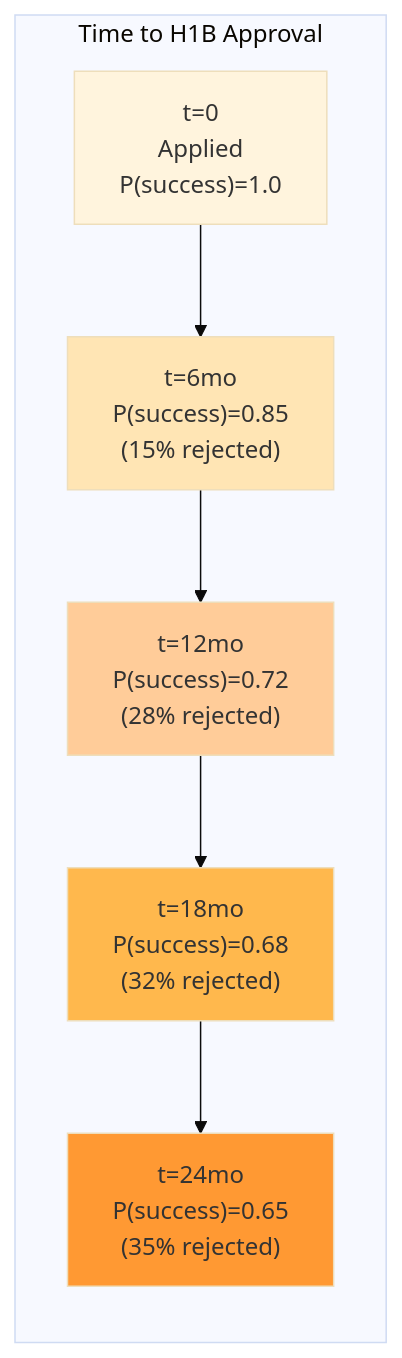
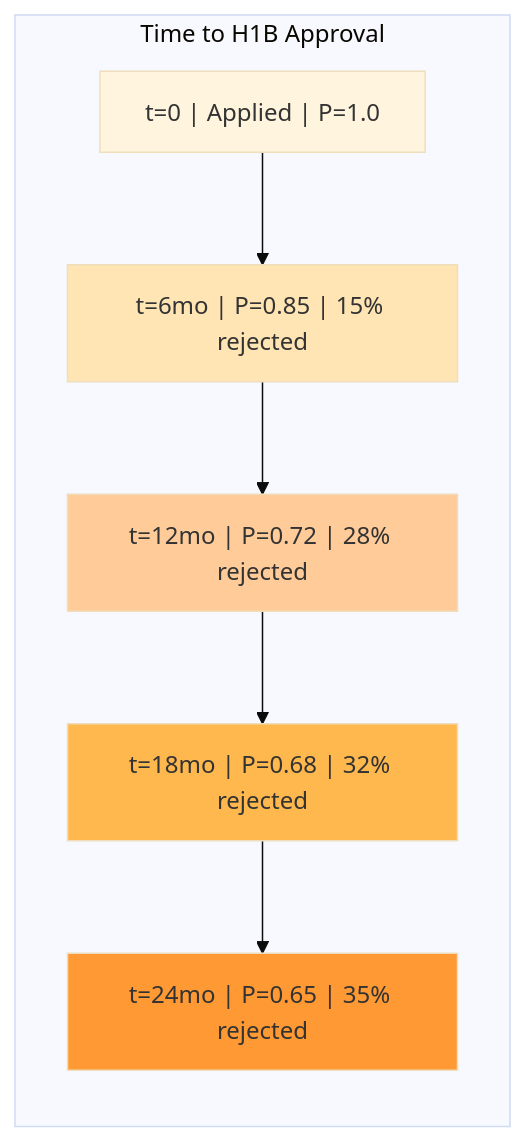
One commit to Nishant-coder-cpu/testing changed the seventh of 20 diagrams in ldc_flowcharts.md. Above: the diagram before and after it, drawn with Mermaid. The commit also changed other lines of this file, not shown here.

````diff
--- a/ldc_flowcharts.md
+++ b/ldc_flowcharts.md
@@ -446,18 +446,18 @@
 ```mermaid
 %%{init: {'theme':'base'}}%%
 graph LR
     subgraph "Time to H1B Approval"
-        T0["t=0<br/>Applied<br/>P(success)=1.0"]
-        T1["t=6mo<br/>P(success)=0.85<br/>(15% rejected)"]
-        T2["t=12mo<br/>P(success)=0.72<br/>(28% rejected)"]
-        T3["t=18mo<br/>P(success)=0.68<br/>(32% rejected)"]
-        T4["t=24mo<br/>P(success)=0.65<br/>(35% rejected)"]
+        T0["t=0 | Applied | P=1.0"]
+        T1["t=6mo | P=0.85 | 15% rejected"]
+        T2["t=12mo | P=0.72 | 28% rejected"]
+        T3["t=18mo | P=0.68 | 32% rejected"]
+        T4["t=24mo | P=0.65 | 35% rejected"]
     end
     
     T0 --> T1 --> T2 --> T3 --> T4
     
     style T1 fill:#FFE5B4
     style T2 fill:#FFCC99
     style T3 fill:#FFB84D
     style T4 fill:#FF9933
 ```
````
